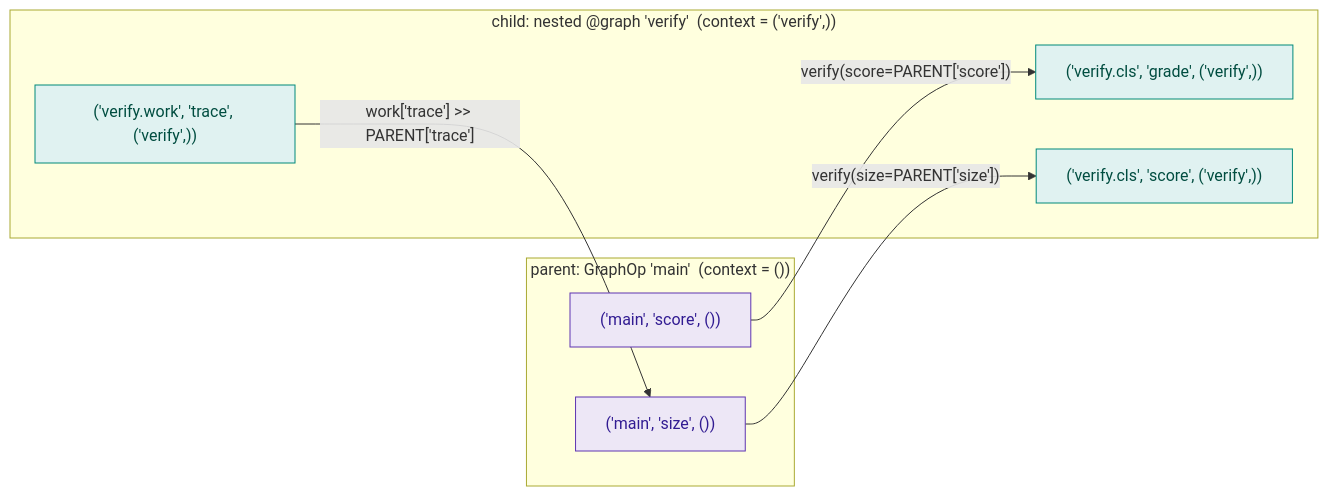
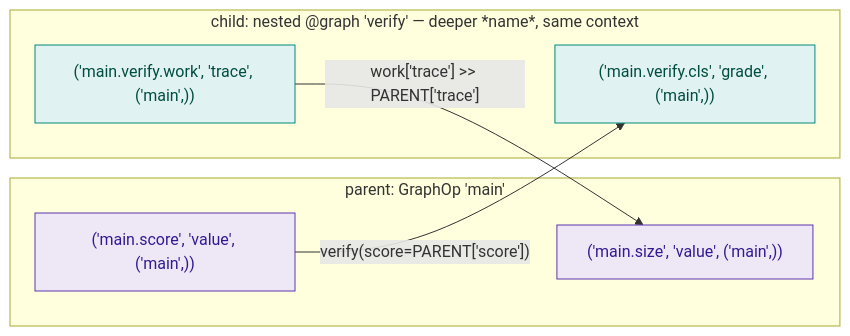
One commit to batman1m2001-cyber/Operonx changed the diagram in docs/architecture/state-model.md. Above: the diagram before and after it, drawn with Mermaid. The commit also changed other lines of this file and 85 other files, not shown here.

````diff
--- a/docs/architecture/state-model.md
+++ b/docs/architecture/state-model.md
@@ -12,22 +27,20 @@
 ```mermaid
 flowchart LR
-    subgraph PARENT["parent: GraphOp 'main' &nbsp;(context = ())"]
-        P_score["('main', 'score', ())"]
-        P_size["('main', 'size', ())"]
+    subgraph PARENT["parent: GraphOp 'main'"]
+        P_score["('main.score', 'value', ('main',))"]
+        P_size["('main.size', 'value', ('main',))"]
     end
 
-    subgraph CHILD["child: nested @graph 'verify' &nbsp;(context = ('verify',))"]
-        C_grade["('verify.cls', 'grade', ('verify',))"]
-        C_score["('verify.cls', 'score', ('verify',))"]
-        C_out["('verify.work', 'trace', ('verify',))"]
+    subgraph CHILD["child: nested @graph 'verify' — deeper *name*, same context"]
+        C_grade["('main.verify.cls', 'grade', ('main',))"]
+        C_out["('main.verify.work', 'trace', ('main',))"]
     end
 
     P_score -->|"verify(score=PARENT['score'])"| C_grade
-    P_size -->|"verify(size=PARENT['size'])"| C_score
     C_out -->|"work['trace'] >> PARENT['trace']"| P_size
 
     classDef parent fill:#ede7f6,stroke:#5e35b1,color:#311b92
     classDef child fill:#e0f2f1,stroke:#00897b,color:#004d40
     class P_score,P_size parent
-    class C_grade,C_score,C_out child
+    class C_grade,C_out child
 ```
````
